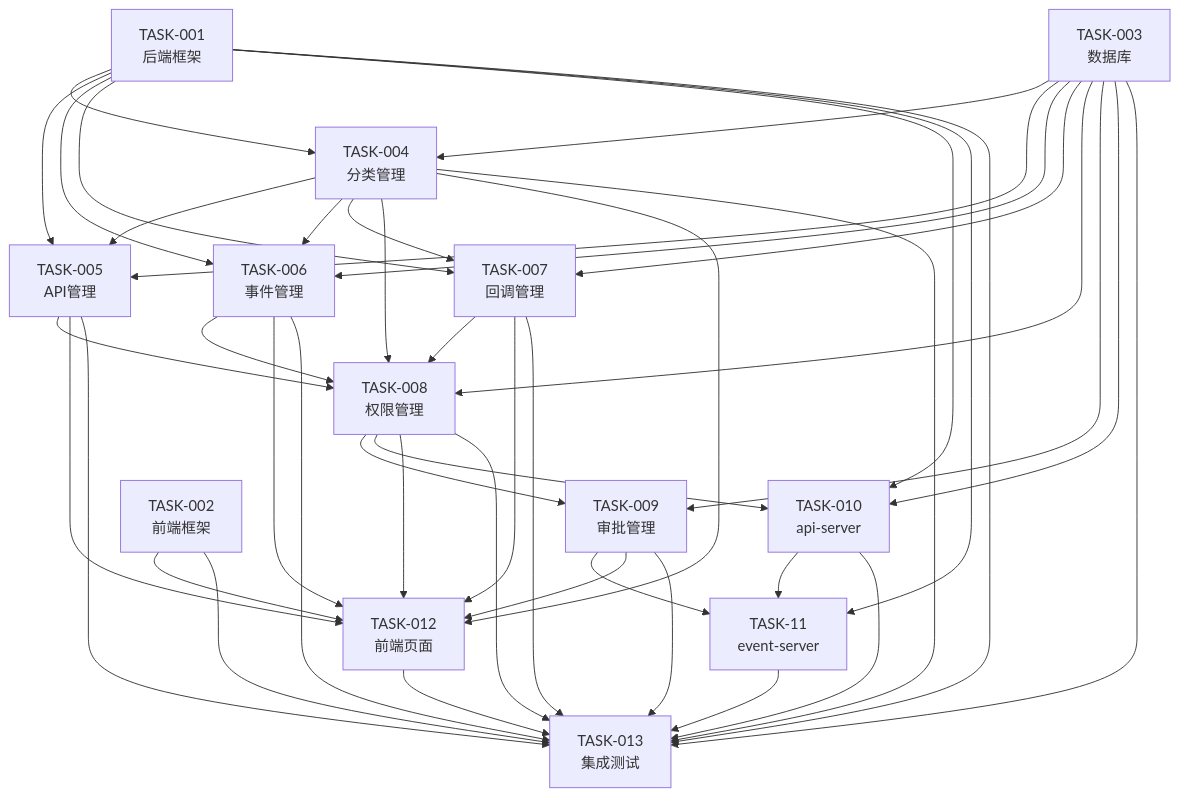
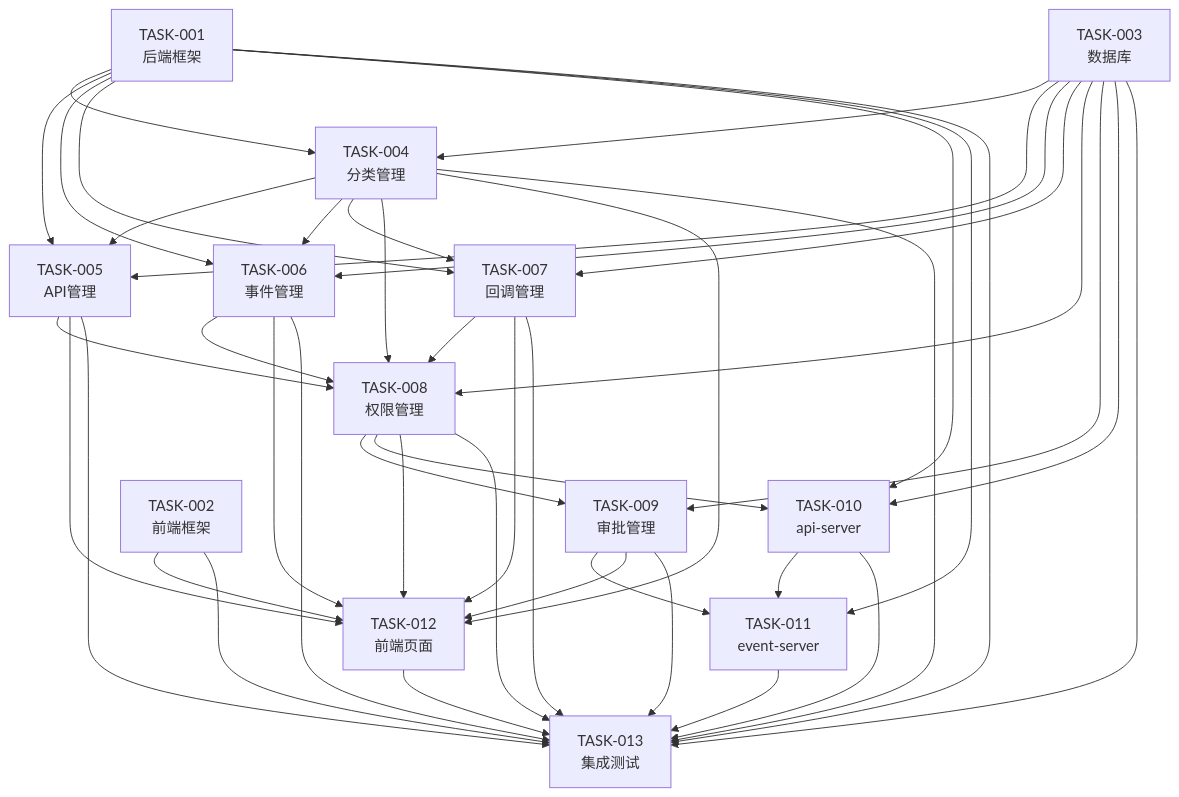
One commit to THZSummer/open-app changed the second of 2 diagrams in .sddu/specs-tree-root/specs-tree-capability-open-platform/tasks.md. Above: the diagram before and after it, drawn with Mermaid. The commit also changed other lines of this file and 1 other file, not shown here.

````diff
--- a/.sddu/specs-tree-root/specs-tree-capability-open-platform/tasks.md
+++ b/.sddu/specs-tree-root/specs-tree-capability-open-platform/tasks.md
@@ -749,54 +795,54 @@
 ```mermaid
 graph TB
     T1[TASK-001<br/>后端框架] --> T4[TASK-004<br/>分类管理]
     T1 --> T5[TASK-005<br/>API管理]
     T1 --> T6[TASK-006<br/>事件管理]
     T1 --> T7[TASK-007<br/>回调管理]
     T1 --> T10[TASK-010<br/>api-server]
-    T1 --> T11[TASK-11<br/>event-server]
+    T1 --> T11[TASK-011<br/>event-server]
     
     T3[TASK-003<br/>数据库] --> T4
     T3 --> T5
     T3 --> T6
     T3 --> T7
     T3 --> T8[TASK-008<br/>权限管理]
     T3 --> T9[TASK-009<br/>审批管理]
     T3 --> T10
     
     T4 --> T5
     T4 --> T6
     T4 --> T7
     T4 --> T8
     
     T5 --> T8
     T6 --> T8
     T7 --> T8
     
     T8 --> T9
     T8 --> T10
     
     T9 --> T11
     
     T10 --> T11
     
     T2[TASK-002<br/>前端框架] --> T12[TASK-012<br/>前端页面]
     T4 --> T12
     T5 --> T12
     T6 --> T12
     T7 --> T12
     T8 --> T12
     T9 --> T12
     
     T1 --> T13[TASK-013<br/>集成测试]
     T2 --> T13
     T3 --> T13
     T4 --> T13
     T5 --> T13
     T6 --> T13
     T7 --> T13
     T8 --> T13
     T9 --> T13
     T10 --> T13
     T11 --> T13
     T12 --> T13
 ```
````
